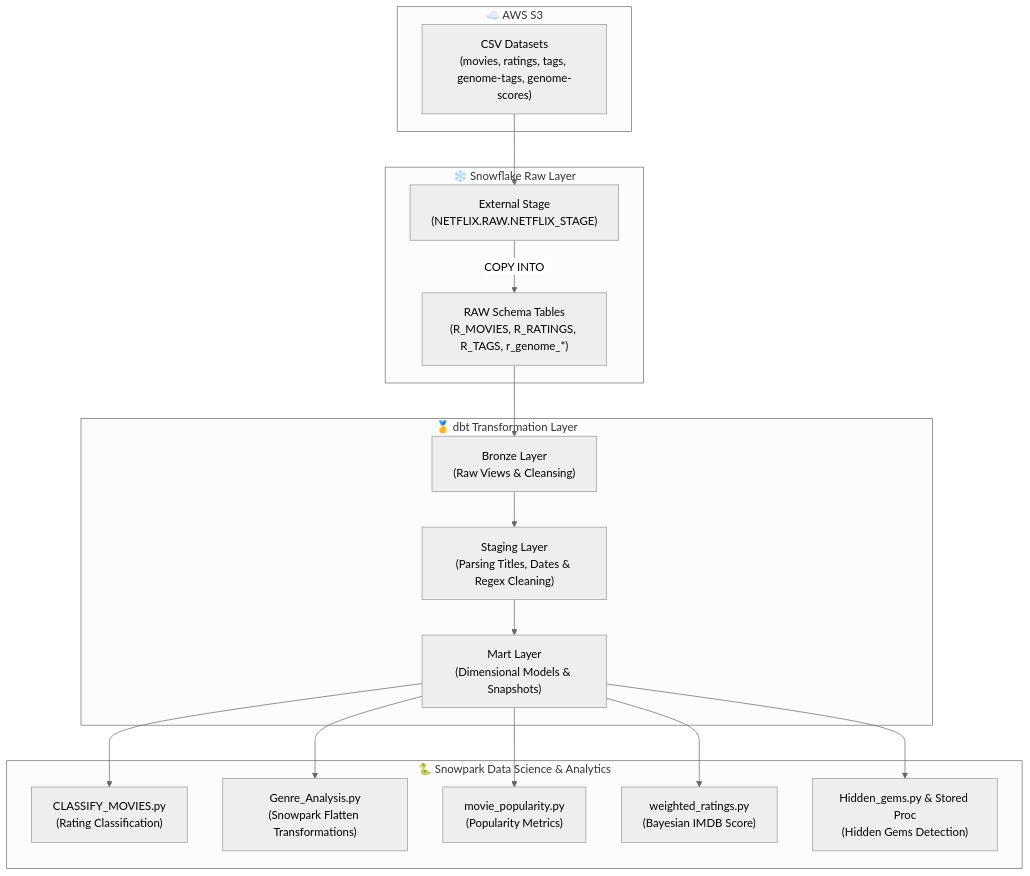
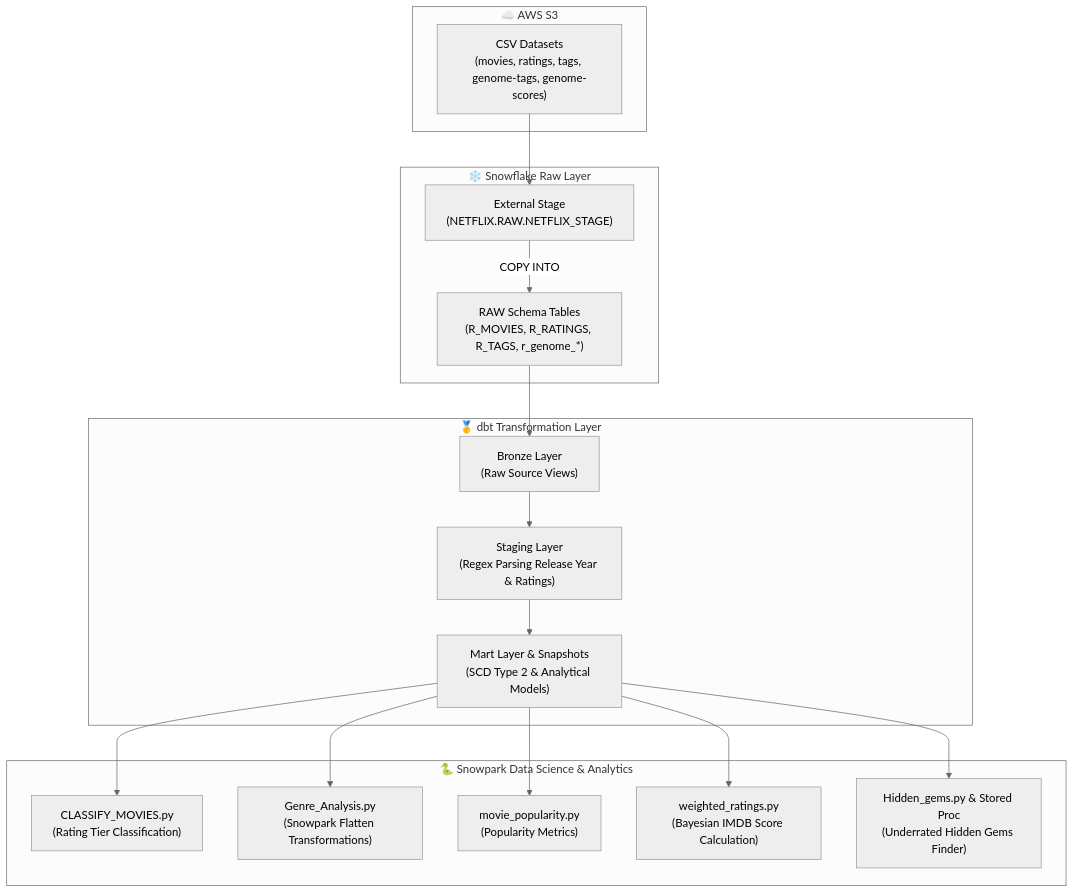
One commit to suvendusahani145-wq/snowflake-snowpark-dbt-lab-suvendu changed the diagram in Netflix-data-pipeline/README.md. Above: the diagram before and after it, drawn with Mermaid (neutral theme). The commit also changed other lines of this file and 1 other file, not shown here.

Commit message:
docs: enhance README files with technology rationale, custom tests, architecture diagrams, and setup steps

````diff
--- a/Netflix-data-pipeline/README.md
+++ b/Netflix-data-pipeline/README.md
@@ -9,32 +25,32 @@
 ```mermaid
 flowchart TD
     subgraph Storage ["☁️ AWS S3"]
         S3Files["CSV Datasets\n(movies, ratings, tags, genome-tags, genome-scores)"]
     end
 
     subgraph Ingestion ["❄️ Snowflake Raw Layer"]
         Stage["External Stage\n(NETFLIX.RAW.NETFLIX_STAGE)"]
         RawTables["RAW Schema Tables\n(R_MOVIES, R_RATINGS, R_TAGS, r_genome_*)"]
     end
 
     subgraph Medallion ["🥇 dbt Transformation Layer"]
-        Bronze["Bronze Layer\n(Raw Views & Cleansing)"]
-        Staging["Staging Layer\n(Parsing Titles, Dates & Regex Cleaning)"]
-        Mart["Mart Layer\n(Dimensional Models & Snapshots)"]
+        Bronze["Bronze Layer\n(Raw Source Views)"]
+        Staging["Staging Layer\n(Regex Parsing Release Year & Ratings)"]
+        Mart["Mart Layer & Snapshots\n(SCD Type 2 & Analytical Models)"]
     end
 
     subgraph Science ["🐍 Snowpark Data Science & Analytics"]
-        Classifier["CLASSIFY_MOVIES.py\n(Rating Classification)"]
+        Classifier["CLASSIFY_MOVIES.py\n(Rating Tier Classification)"]
         Genre["Genre_Analysis.py\n(Snowpark Flatten Transformations)"]
         Popularity["movie_popularity.py\n(Popularity Metrics)"]
-        Weighted["weighted_ratings.py\n(Bayesian IMDB Score)"]
-        Gems["Hidden_gems.py & Stored Proc\n(Hidden Gems Detection)"]
+        Weighted["weighted_ratings.py\n(Bayesian IMDB Score Calculation)"]
+        Gems["Hidden_gems.py & Stored Proc\n(Underrated Hidden Gems Finder)"]
     end
 
     S3Files --> Stage
     Stage -->|COPY INTO| RawTables
     RawTables --> Bronze
     Bronze --> Staging
     Staging --> Mart
     Mart --> Classifier & Genre & Popularity & Weighted & Gems
 ```
````
